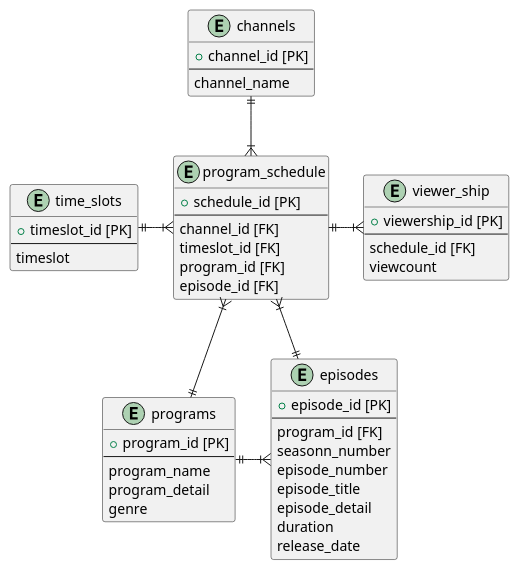
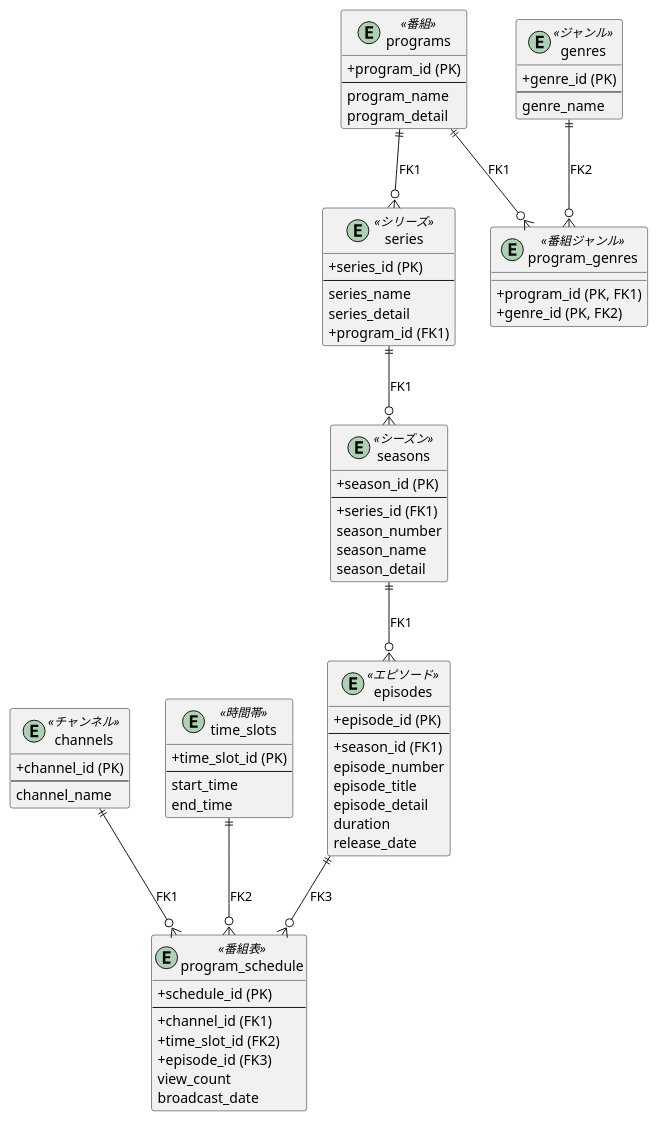
Before and after one commit to nobu1611/Apprentice_log: the diagram in week5-6/Quest/submission_quest/er.pu, drawn with PlantUML. The commit also changed 3 other files, not shown here.

```diff
--- a/week5-6/Quest/submission_quest/er.pu
+++ b/week5-6/Quest/submission_quest/er.pu
@@ -1,59 +1,95 @@
-@startuml
+@startuml name
+' スキンパラメータ
+skinparam classAttributeIconSize 0
 
-entity "channels" as e01 {
-+ channel_id [PK]
---
+' チャンネル
+entity "channels" as channels <<チャンネル>> {
+  +channel_id (PK)
+  --
   channel_name
 }
 
-entity "time_slots" as e02 {
-+ timeslot_id [PK]
---
-  timeslot
+' 時間帯
+entity "time_slots" as time_slots <<時間帯>> {
+  +time_slot_id (PK)
+  --
+  start_time
+  end_time
 }
 
-entity "programs" as e03 {
-+ program_id [PK]
---
+' ジャンル
+entity "genres" as genres <<ジャンル>> {
+  +genre_id (PK)
+  --
+  genre_name
+}
+
+' 番組ジャンル
+entity "program_genres" as program_genres <<番組ジャンル>> {
+  +program_id (PK, FK1)
+  +genre_id (PK, FK2)
+}
+
+' シリーズ
+entity "series" as series <<シリーズ>> {
+  +series_id (PK)
+  --
+  series_name
+  series_detail
+  +program_id (FK1)
+}
+
+' シーズン
+entity "seasons" as seasons <<シーズン>> {
+  +season_id (PK)
+  --
+  +series_id (FK1)
+  season_number
+  season_name
+  season_detail
+}
+
+' 番組
+entity "programs" as programs <<番組>> {
+  +program_id (PK)
+  --
   program_name
   program_detail
-  genre
 }
 
-entity "episodes" as e04 {
-+ episode_id [PK]
---
-  program_id [FK]
-  seasonn_number
+' エピソード
+entity "episodes" as episodes <<エピソード>> {
+  +episode_id (PK)
+  --
+  +season_id (FK1)
   episode_number
   episode_title
   episode_detail
   duration
   release_date
 }
 
-entity "program_schedule" as e05 {
-+ schedule_id [PK]
---
-  channel_id [FK]
-  timeslot_id [FK]
-  program_id [FK]
-  episode_id [FK]
+' 番組表
+entity "program_schedule" as program_schedule <<番組表>> {
+  +schedule_id (PK)
+  --
+  +channel_id (FK1)
+  +time_slot_id (FK2)
+  +episode_id (FK3)
+  view_count
+  broadcast_date
 }
 
-entity "viewer_ship" as e06 {
-+  viewership_id [PK]
---
-  schedule_id [FK]
-  viewcount
-}
+' リレーションシップ
+channels ||--o{ program_schedule : FK1
+time_slots ||--o{ program_schedule : FK2
+episodes ||--o{ program_schedule : FK3
 
-e03 ||-|{ e04
-e03 ||-l-|{ e05
-e05 ||-r-|{ e06
-e01 ||-d-|{ e05
-e02 ||-|{ e05
-e04 ||-d-|{e05
+programs ||--o{ program_genres : FK1
+genres ||--o{ program_genres : FK2
 
+programs ||--o{ series : FK1
+series ||--o{ seasons : FK1
+seasons ||--o{ episodes : FK1
 
 @enduml
```
